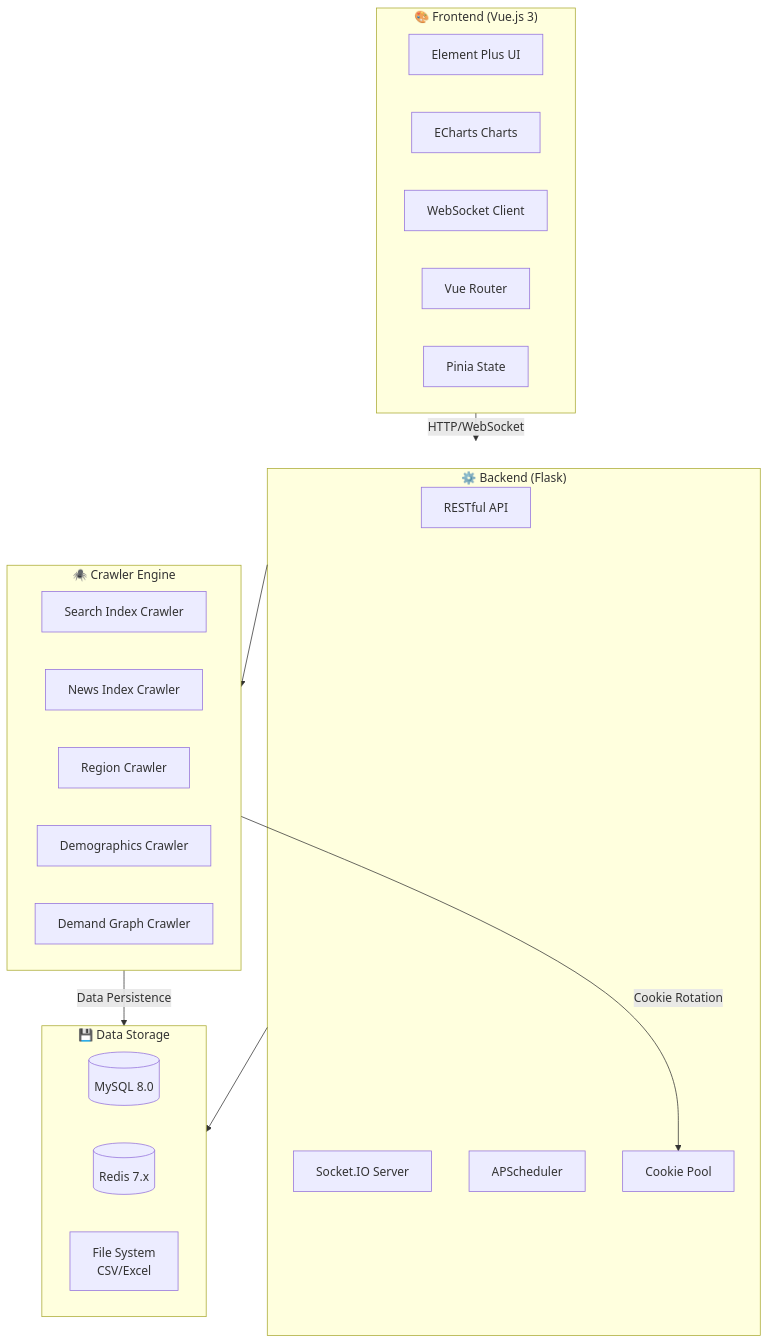
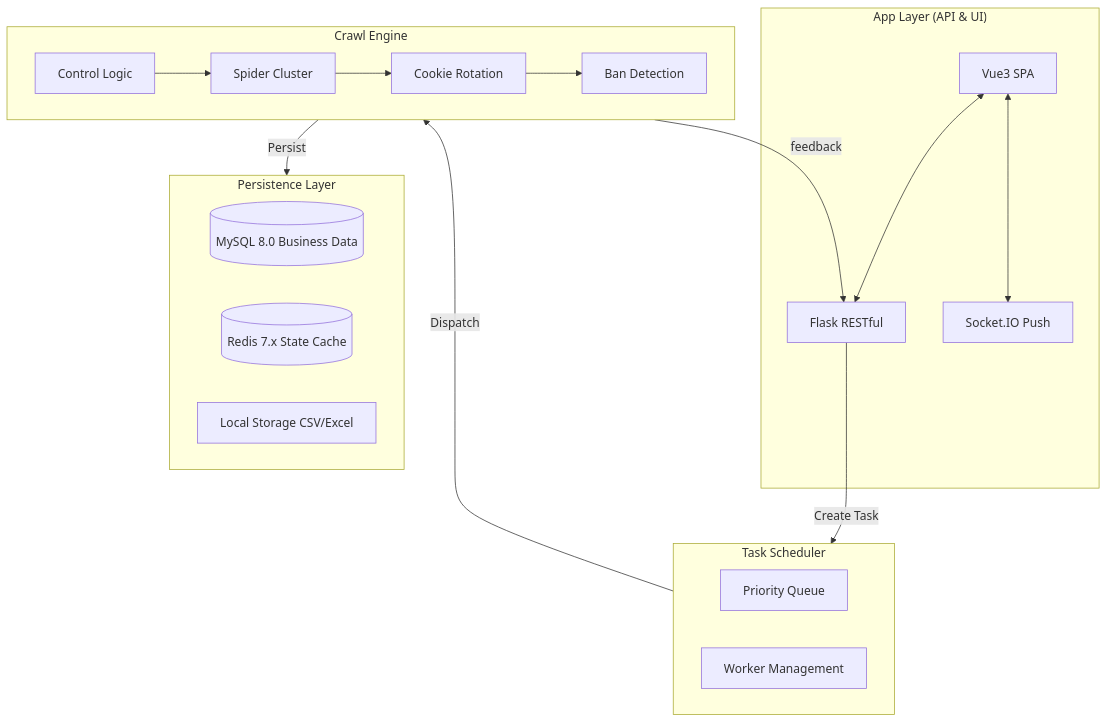
One commit to Auroral0810/BaiduIndexHunter changed the diagram in README_EN.md. Above: the diagram before and after it, drawn with Mermaid. The commit also changed other lines of this file and 1 other file, not shown here.

Commit message:
docs: finalize premium README layout with centered header and polished diagrams

````diff
--- a/README_EN.md
+++ b/README_EN.md
@@ -138,37 +95,29 @@
 ```mermaid
-graph TB
-    subgraph Frontend["🎨 Frontend (Vue.js 3)"]
-        UI[Element Plus UI]
-        Charts[ECharts Charts]
-        WS_Client[WebSocket Client]
-        Router[Vue Router]
-        Store[Pinia State]
+flowchart TD
+    subgraph APP["App Layer (API & UI)"]
+        UI[Vue3 SPA] <--> API[Flask RESTful]
+        UI <--> WS[Socket.IO Push]
     end
 
-    subgraph Backend["⚙️ Backend (Flask)"]
-        API[RESTful API]
-        WS_Server[Socket.IO Server]
-        Scheduler[APScheduler]
-        CookiePool[Cookie Pool]
+    subgraph SCHEDULER["Task Scheduler"]
+        TASK_QUEUE[Priority Queue]
+        WORKER_MANAGER[Worker Management]
     end
 
-    subgraph Engine["🕷️ Crawler Engine"]
-        SearchCrawler[Search Index Crawler]
-        FeedCrawler[News Index Crawler]
-        RegionCrawler[Region Crawler]
-        DemoCrawler[Demographics Crawler]
-        GraphCrawler[Demand Graph Crawler]
+    subgraph ENGINE["Crawl Engine"]
+        DIRECTION_C[Control Logic] --> CRAWLER[Spider Cluster]
+        CRAWLER --> COOKIE_MANAGER[Cookie Rotation]
+        COOKIE_MANAGER --> BAN_CHECK[Ban Detection]
     end
 
-    subgraph Storage["💾 Data Storage"]
-        MySQL[(MySQL 8.0)]
-        Redis[(Redis 7.x)]
-        FileSystem[File System<br>CSV/Excel]
+    subgraph DATA["Persistence Layer"]
+        RDS[(MySQL 8.0 Business Data)]
+        CACHE[(Redis 7.x State Cache)]
+        FS[Local Storage CSV/Excel]
     end
 
-    Frontend --> |HTTP/WebSocket| Backend
-    Backend --> Engine
-    Backend --> Storage
-    Engine --> |Data Persistence| Storage
-    Engine --> |Cookie Rotation| CookiePool
+    API -- Create Task --> SCHEDULER
+    SCHEDULER -- Dispatch --> ENGINE
+    ENGINE -- Persist --> DATA
+    ENGINE -- feedback --> API
 ```
````
